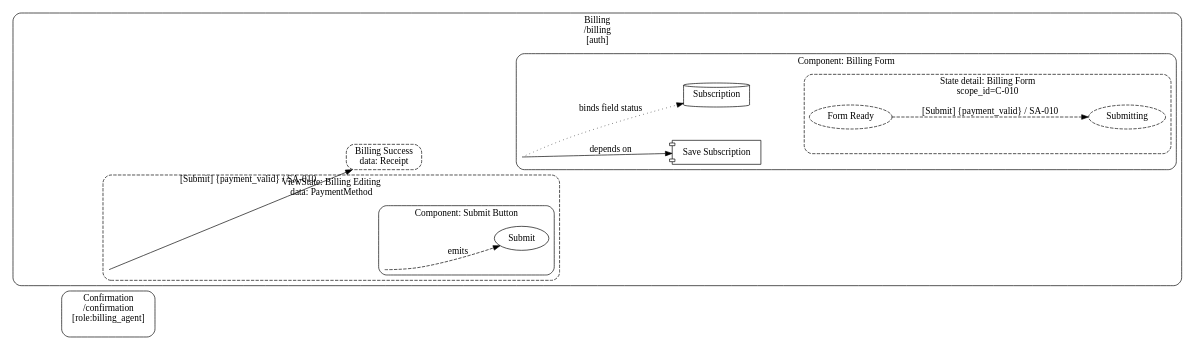
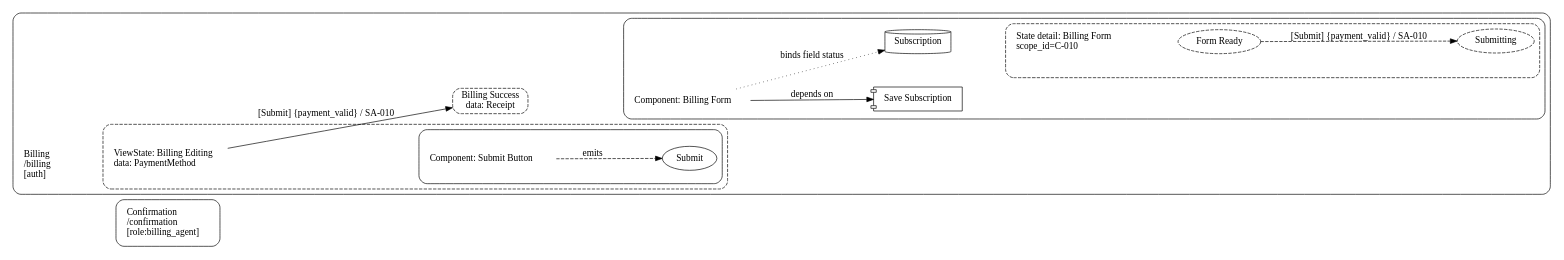
The diagram in examples/rendered/v0.1/ui_contracts_diagram_type/place_viewstate_transition_example/recommended_profile/place_viewstate_transition.ui_contracts.dot (knutopia/Structured-Design-Documents), drawn with Graphviz before and after one commit. The commit also changed 30 other files, not shown here.

```diff
--- a/examples/rendered/v0.1/ui_contracts_diagram_type/place_viewstate_transition_example/recommended_profile/place_viewstate_transition.ui_contracts.dot
+++ b/examples/rendered/v0.1/ui_contracts_diagram_type/place_viewstate_transition_example/recommended_profile/place_viewstate_transition.ui_contracts.dot
@@ -1,45 +1,47 @@
 digraph ui_contracts {
   rankdir=LR;
   graph [fontname="Public Sans", compound=true, nodesep=0.7, ranksep=1.0];
   node [fontname="Public Sans"];
   edge [fontname="Public Sans"];
   subgraph cluster_P_010 {
-    graph [label="Billing\n/billing\n[auth]", style="rounded"];
-    "P-010__anchor" [label="", shape="point", width=0, height=0, style="invis"];
+    graph [label="", style="rounded"];
+    "P-010__title" [shape="plaintext", label="Billing\l/billing\l[auth]\l"];
     subgraph cluster_VS_010a {
-      graph [label="ViewState: Billing Editing\ndata: PaymentMethod", style="rounded,dashed"];
-      "VS-010a__anchor" [label="", shape="point", width=0, height=0, style="invis"];
+      graph [label="", style="rounded,dashed"];
+      "VS-010a__title" [shape="plaintext", label="ViewState: Billing Editing\ldata: PaymentMethod\l"];
       subgraph cluster_C_011 {
-        graph [label="Component: Submit Button", style="rounded"];
-        "C-011__anchor" [label="", shape="point", width=0, height=0, style="invis"];
+        graph [label="", style="rounded"];
+        "C-011__title" [shape="plaintext", label="Component: Submit Button\l"];
         "E-010" [shape="oval", label="Submit"];
       }
     }
     "VS-010b" [shape="box", style="rounded,dashed", label="Billing Success\ndata: Receipt"];
     subgraph cluster_C_010 {
-      graph [label="Component: Billing Form", style="rounded"];
-      "C-010__anchor" [label="", shape="point", width=0, height=0, style="invis"];
+      graph [label="", style="rounded"];
+      "C-010__title" [shape="plaintext", label="Component: Billing Form\l"];
       "SA-010" [shape="component", label="Save Subscription"];
       "D-010" [shape="cylinder", label="Subscription"];
       subgraph cluster_secondary_state_group_C_010 {
-        graph [label="State detail: Billing Form\nscope_id=C-010", style="rounded,dashed"];
+        graph [label="", style="rounded,dashed"];
+        "secondary_state_group:C-010__title" [shape="plaintext", label="State detail: Billing Form\lscope_id=C-010\l"];
         "ST-010a" [shape="ellipse", style="dashed", label="Form Ready"];
         "ST-010b" [shape="ellipse", style="dashed", label="Submitting"];
       }
     }
   }
   subgraph cluster_P_011 {
-    graph [label="Confirmation\n/confirmation\n[role:billing_agent]", style="rounded"];
-    "P-011__anchor" [label="", shape="point", width=0, height=0, style="invis"];
+    graph [label="", style="rounded"];
+    "P-011__title" [shape="plaintext", label="Confirmation\l/confirmation\l[role:billing_agent]\l"];
   }
-  "P-010__anchor" -> "P-011__anchor" [style=invis, weight=100];
-  "P-010__anchor" -> "VS-010a__anchor" [style=invis, weight=100];
-  "VS-010b" -> "C-010__anchor" [style=invis, weight=100];
-  "VS-010a__anchor" -> "C-011__anchor" [style=invis, weight=100];
-  "D-010" -> "ST-010a" [style=invis, weight=100];
-  "C-010__anchor" -> "D-010" [label="binds field status", style="dotted", constraint=true];
-  "C-010__anchor" -> "SA-010" [label="depends on", constraint=true];
-  "C-011__anchor" -> "E-010" [label="emits", style="dashed", constraint=true];
+  "P-010__title" -> "P-011__title" [style=invis, weight=100];
+  "P-010__title" -> "VS-010a__title" [style=invis, weight=100];
+  "VS-010b" -> "C-010__title" [style=invis, weight=100];
+  "VS-010a__title" -> "C-011__title" [style=invis, weight=100];
+  "D-010" -> "secondary_state_group:C-010__title" [style=invis, weight=100];
+  "secondary_state_group:C-010__title" -> "ST-010a" [style=invis, weight=100];
+  "C-010__title" -> "D-010" [label="binds field status", style="dotted", constraint=true];
+  "C-010__title" -> "SA-010" [label="depends on", constraint=true];
+  "C-011__title" -> "E-010" [label="emits", style="dashed", constraint=true];
   "ST-010a" -> "ST-010b" [label="[Submit] {payment_valid} / SA-010", style="dashed", weight=3];
-  "VS-010a__anchor" -> "VS-010b" [label="[Submit] {payment_valid} / SA-010", style="solid", weight=4];
+  "VS-010a__title" -> "VS-010b" [label="[Submit] {payment_valid} / SA-010", style="solid", weight=4];
 }
```
